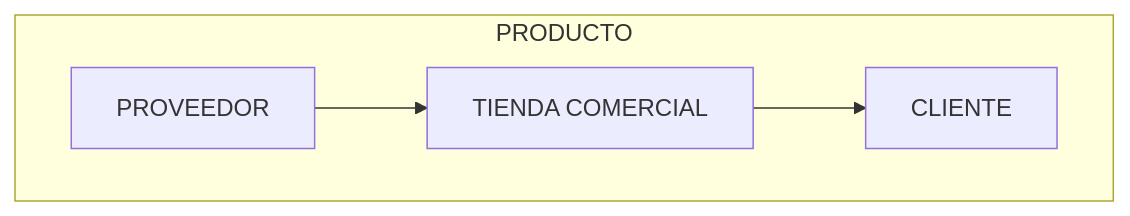
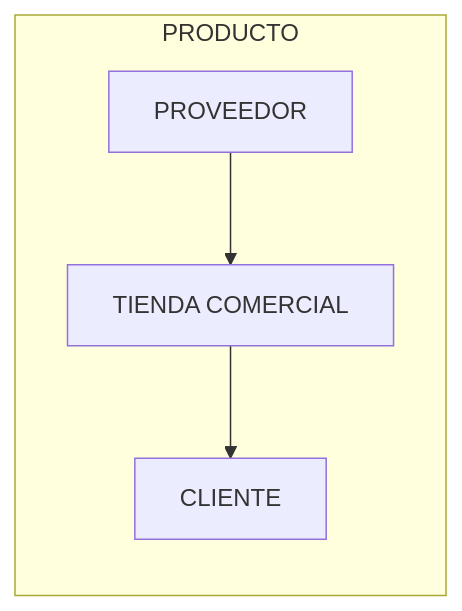
Before and after one commit to rosendocamal/homeworks: the first of 30 diagrams in 4to-Cuatrimestre/fundamentos-base-datos/proyecto/proyecto.md, drawn with Mermaid. The commit also changed other lines of this file and 1 other file, not shown here.

````diff
--- a/4to-Cuatrimestre/fundamentos-base-datos/proyecto/proyecto.md
+++ b/4to-Cuatrimestre/fundamentos-base-datos/proyecto/proyecto.md
@@ -49,10 +50,10 @@
 ```mermaid
-flowchart
+flowchart LR
 	subgraph PRODUCTO
 		PROVEEDOR
 		TIENDA[TIENDA COMERCIAL]
 		CLIENTE
 	end
 	PROVEEDOR --> TIENDA
 	TIENDA --> CLIENTE
 ```
````
